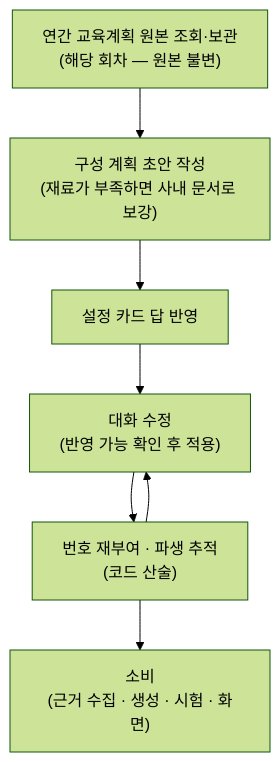
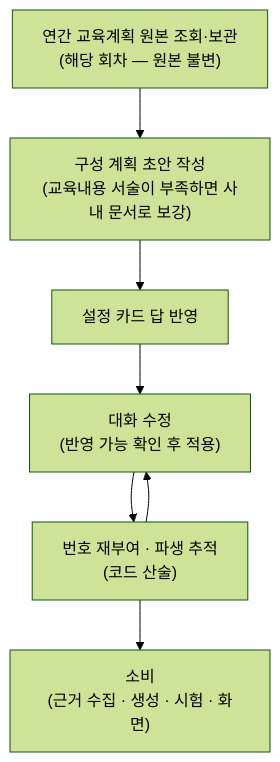
Before and after one commit to Doc-AI-Agent-development/Doc-AI-Agent-development.github.io: the diagram in docs/edu-material/syllabus.md, drawn with Mermaid (forest theme). The commit also changed other lines of this file, not shown here.

````diff
--- a/docs/edu-material/syllabus.md
+++ b/docs/edu-material/syllabus.md
@@ -29,9 +29,9 @@
 ```mermaid
 flowchart TD
-  A["연간 교육계획 원본 조회·보관<br/>(해당 회차 — 원본 불변)"] --> B["구성 계획 초안 작성<br/>(재료가 부족하면 사내 문서로 보강)"]
+  A["연간 교육계획 원본 조회·보관<br/>(해당 회차 — 원본 불변)"] --> B["구성 계획 초안 작성<br/>(교육내용 서술이 부족하면 사내 문서로 보강)"]
   B --> C["설정 카드 답 반영"]
   C --> D["대화 수정<br/>(반영 가능 확인 후 적용)"]
   D --> E["번호 재부여 · 파생 추적<br/>(코드 산술)"]
   E --> D
   E --> F["소비<br/>(근거 수집 · 생성 · 시험 · 화면)"]
 ```
````
